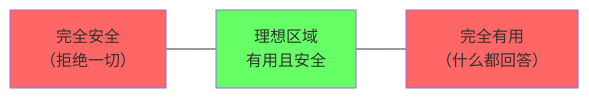
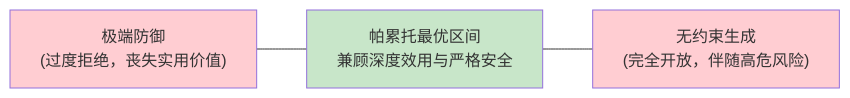
The fourth of 6 diagrams in chapters/04-alignment.md (yingwang/thinking-in-llm), drawn with Mermaid before and after one commit. The commit also changed other lines of this file and 31 other files, not shown here.

````diff
--- a/chapters/04-alignment.md
+++ b/chapters/04-alignment.md
@@ -502,9 +446,9 @@
 ```mermaid
 graph LR
-    A["完全安全<br/>（拒绝一切）"] --- B["理想区域<br/>有用且安全"]
-    B --- C["完全有用<br/>（什么都回答）"]
+    A["极端防御<br/>(过度拒绝，丧失实用价值)"] --- B["帕累托最优区间<br/>兼顾深度效用与严格安全"]
+    B --- C["无约束生成<br/>(完全开放，伴随高危风险)"]
     
-    style A fill:#ff6666
-    style B fill:#66ff66
-    style C fill:#ff6666
+    style A fill:#ffcdd2
+    style B fill:#c8e6c9
+    style C fill:#ffcdd2
 ```
````
